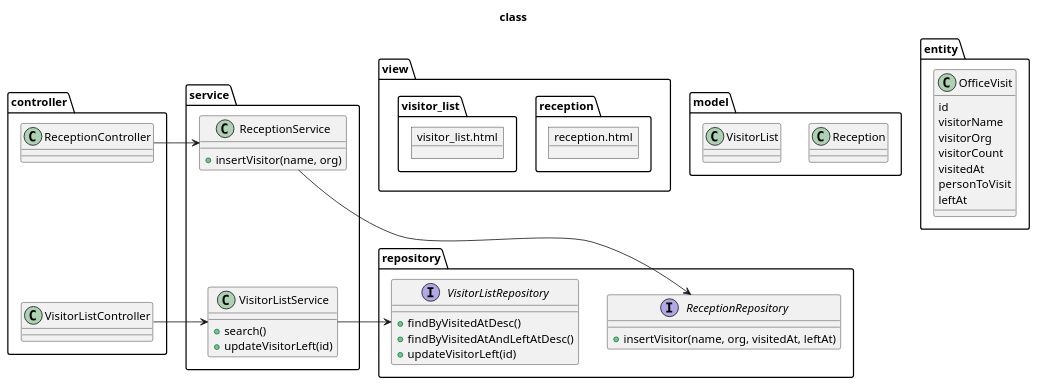
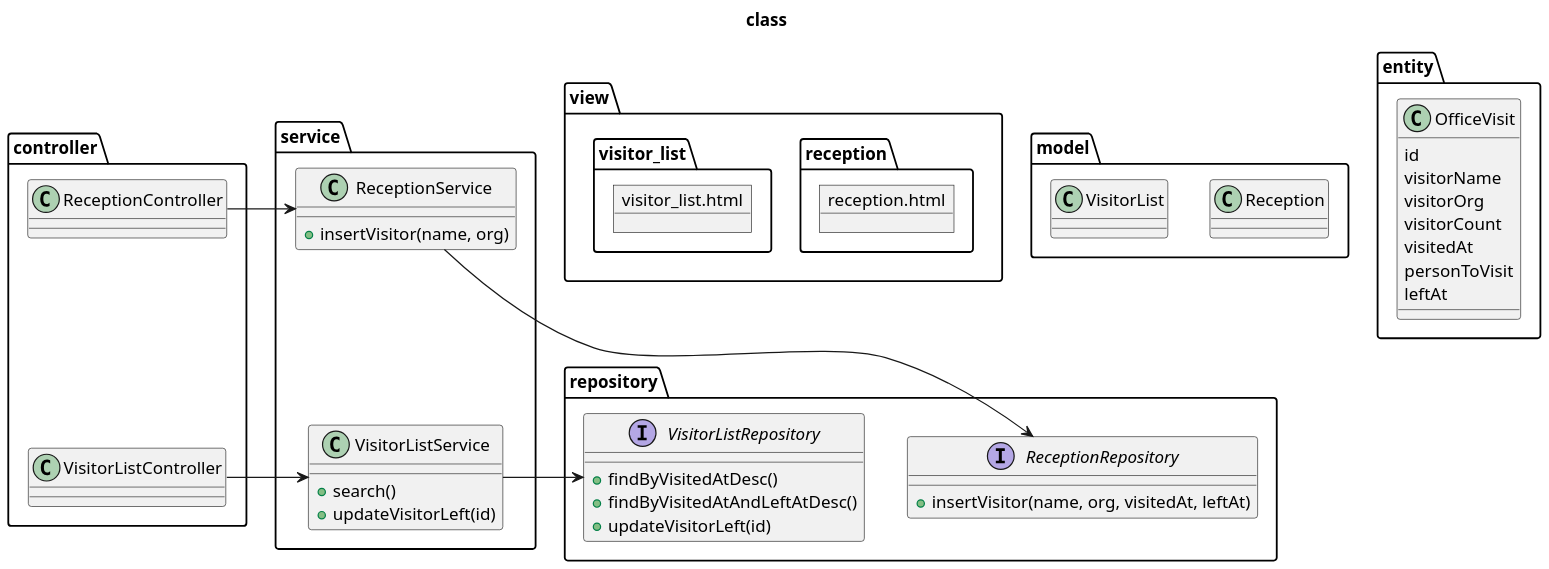
The diagram in documents/forDev.md (tatsurou-hida/cosmicb.hiroshima.dev.reception), drawn with PlantUML before and after one commit. The commit also changed 2 other files, not shown here.

Commit message:
2020/1/10_18時終了時点

```diff
--- a/documents/forDev.md
+++ b/documents/forDev.md
@@ -48,66 +48,67 @@
 @startuml
+scale 1.5
 
 title class
 
 package controller {
 	class ReceptionController
 	class VisitorListController
 
 	ReceptionController -[hidden]- VisitorListController
 }
 
 package service {
 	class ReceptionService {
 		+insertVisitor(name, org)
 	}
 
 	class VisitorListService {
 		+search()
 		+updateVisitorLeft(id)
 	}
 
 	ReceptionService -[hidden]- VisitorListService
 }
 
 ReceptionController -ri-> ReceptionService
 VisitorListController -ri-> VisitorListService
 
 package repository {
 	interface ReceptionRepository {
 		+insertVisitor(name, org, visitedAt, leftAt)
 	}
 	interface VisitorListRepository {
 		+findByVisitedAtDesc()
 		+findByVisitedAtAndLeftAtDesc()
 		+updateVisitorLeft(id)
 	}
 }
 
 ReceptionService -> ReceptionRepository
 VisitorListService -> VisitorListRepository
 
 package view {
 	object reception.html
 	object visitor_list.html
 }
 
 package model {
 	class Reception
 	class VisitorList
 }
 
 package entity {
 
 	class OfficeVisit {
 		id
 		visitorName
 		visitorOrg
 		visitorCount
 		visitedAt
 		personToVisit
 		leftAt
 	}
 
 }
 
 @enduml
```
